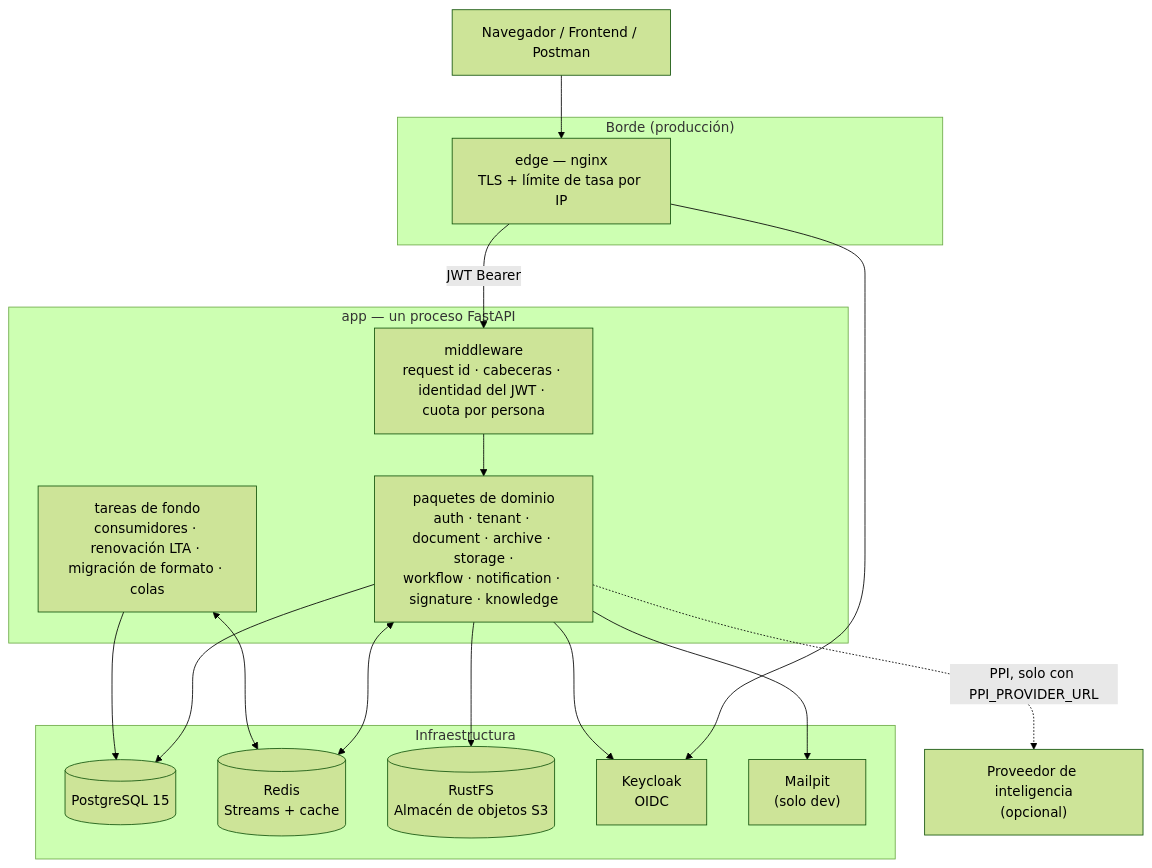
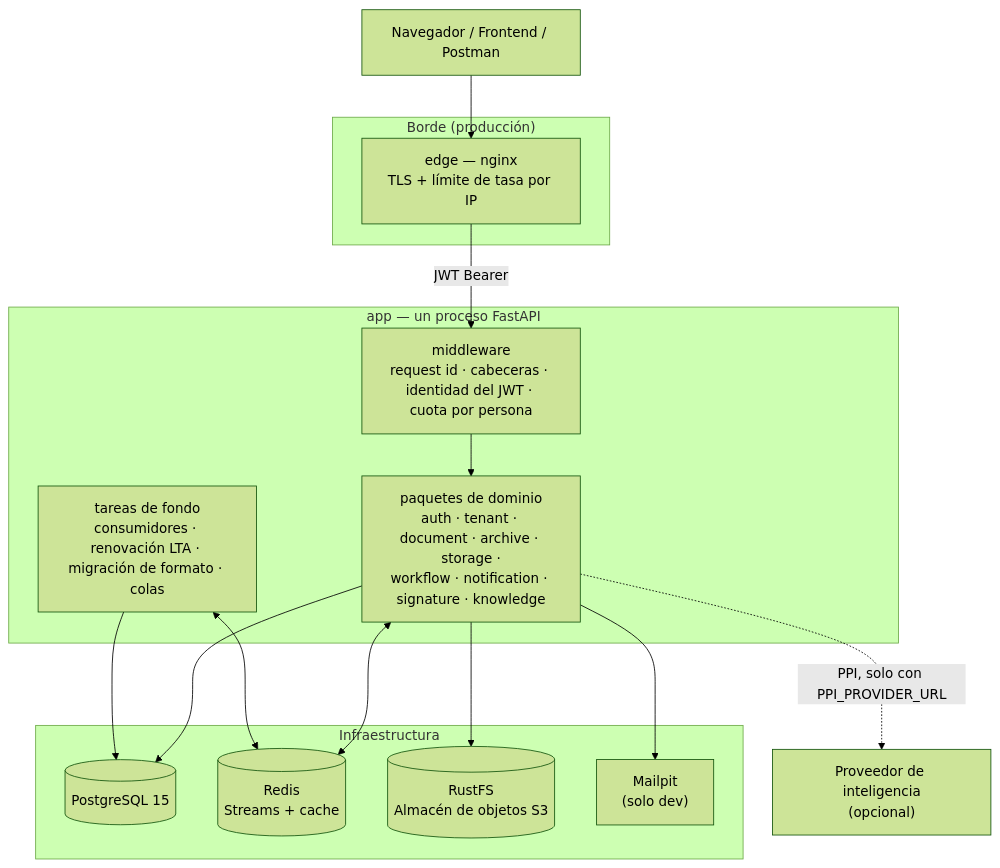
The first of 4 diagrams in docs/es/architecture.md (camilo1rp/docuboto), drawn with Mermaid (forest theme) before and after one commit. The commit also changed other lines of this file and 3 other files, not shown here.

````diff
--- a/docs/es/architecture.md
+++ b/docs/es/architecture.md
@@ -16,35 +16,32 @@
 ```mermaid
 graph TB
     Cliente["Navegador / Frontend / Postman"]
 
     subgraph borde["Borde (producción)"]
         EDGE["edge — nginx<br/>TLS + límite de tasa por IP"]
     end
 
     subgraph app["app — un proceso FastAPI"]
         MW["middleware<br/>request id · cabeceras · identidad del JWT · cuota por persona"]
         DOM["paquetes de dominio<br/>auth · tenant · document · archive · storage ·<br/>workflow · notification · signature · knowledge"]
         BG["tareas de fondo<br/>consumidores · renovación LTA · migración de formato · colas"]
         MW --> DOM
     end
 
     subgraph infra["Infraestructura"]
         PG[("PostgreSQL 15")]
         REDIS[("Redis<br/>Streams + cache")]
         MINIO[("RustFS<br/>Almacén de objetos S3")]
-        KC["Keycloak<br/>OIDC"]
         MAIL["Mailpit<br/>(solo dev)"]
     end
 
     Cliente --> EDGE
     EDGE -->|JWT Bearer| MW
-    EDGE --> KC
     DOM --> PG
     BG --> PG
     DOM <--> REDIS
     BG <--> REDIS
     DOM --> MINIO
-    DOM --> KC
     DOM --> MAIL
     DOM -.->|PPI, solo con PPI_PROVIDER_URL| PPI["Proveedor de inteligencia<br/>(opcional)"]
 ```
````
